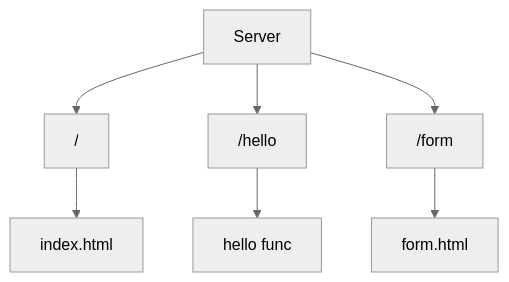
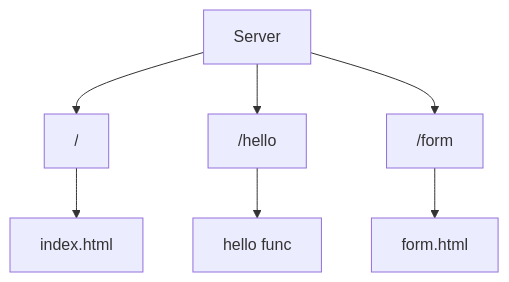
The diagram in README.md (lee-treehouse/go-server), drawn with Mermaid before and after one commit.

Commit message:
experimenting with layout out the instructions differently

````diff
--- a/README.md
+++ b/README.md
@@ -15,10 +15,13 @@
 ```mermaid
-%%{init: {'theme': 'neutral' } }%%
+%%{init: {'theme': 'default' } }%%
 graph TD
     A[Server] --> B["/"]
+    B --> E[index.html]
+    
+    
     A --> C["/hello"]
+    C --> F[hello func]
+    
     A --> D["/form"]
-B --> E[index.html]
-C --> F[hello func]
-D --> G[form.html]     
+    D --> G[form.html]        
 ```
````
